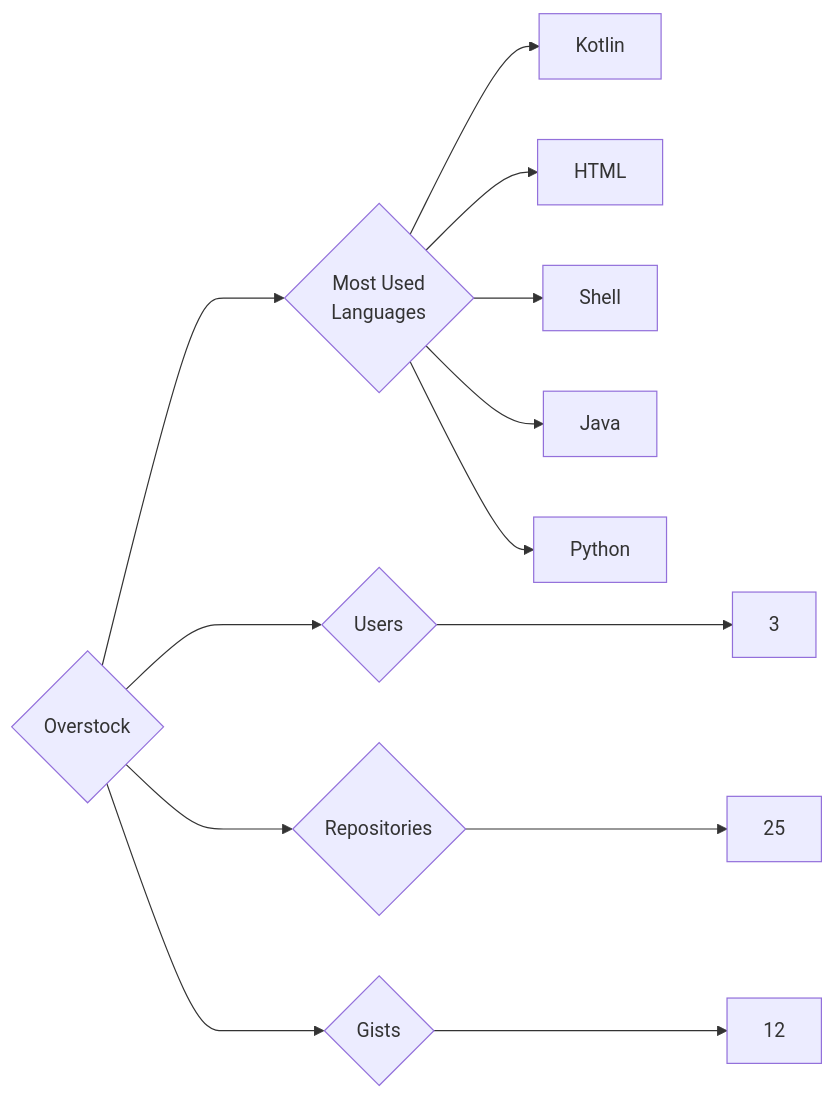
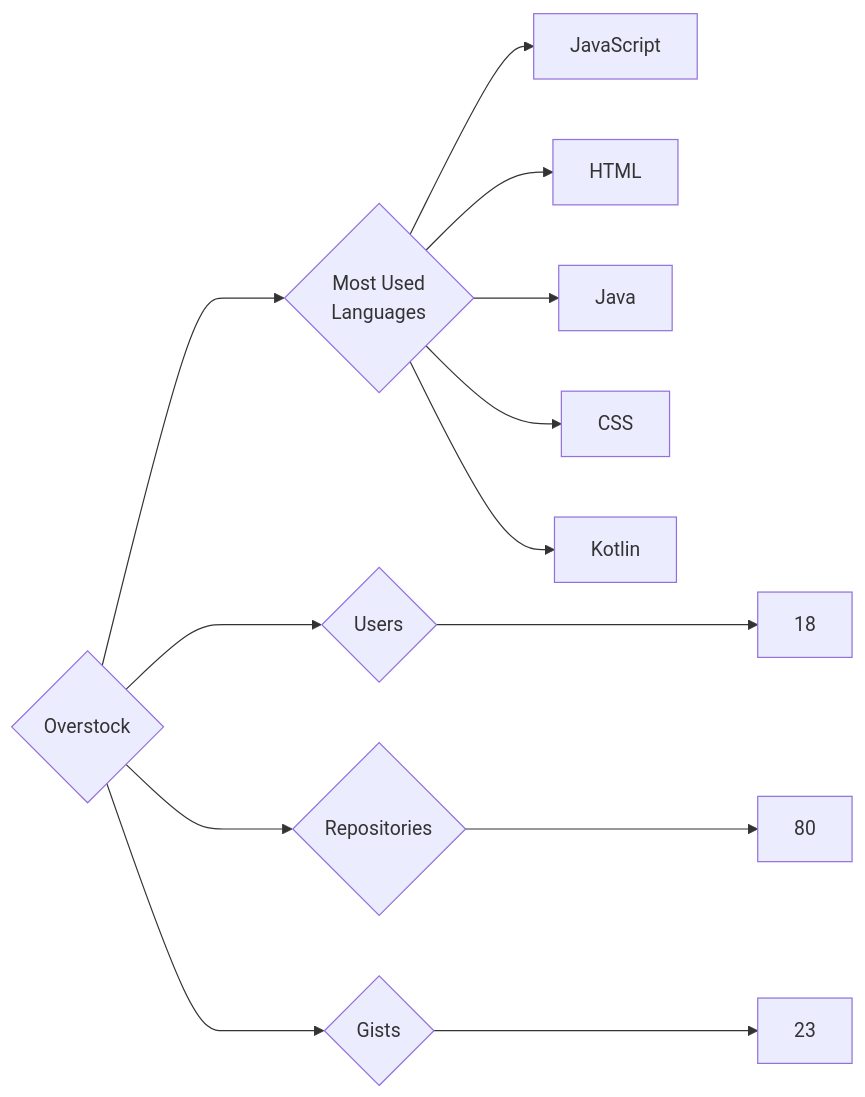
The diagram in targets/Overstock/README.md (trickest/insiders), drawn with Mermaid before and after one commit. The commit also changed 534 other files, not shown here.

````diff
--- a/targets/Overstock/README.md
+++ b/targets/Overstock/README.md
@@ -3,13 +3,13 @@
 ```mermaid
 graph LR
 COMPANY_NAME{Overstock}
-COMPANY_NAME ---> U{Users} ---> UN[3]
-COMPANY_NAME ---> R{Repositories} ---> RN[25]
-COMPANY_NAME ---> G{Gists} ---> GN[12]
+COMPANY_NAME ---> U{Users} ---> UN[18]
+COMPANY_NAME ---> R{Repositories} ---> RN[80]
+COMPANY_NAME ---> G{Gists} ---> GN[23]
 COMPANY_NAME ---> ML{Most Used<br>Languages}
+ML --> JavaScript[JavaScript]
+ML --> HTML[HTML]
+ML --> Java[Java]
+ML --> CSS[CSS]
 ML --> Kotlin[Kotlin]
-ML --> HTML[HTML]
-ML --> Shell[Shell]
-ML --> Java[Java]
-ML --> Python[Python]
 ```
````
